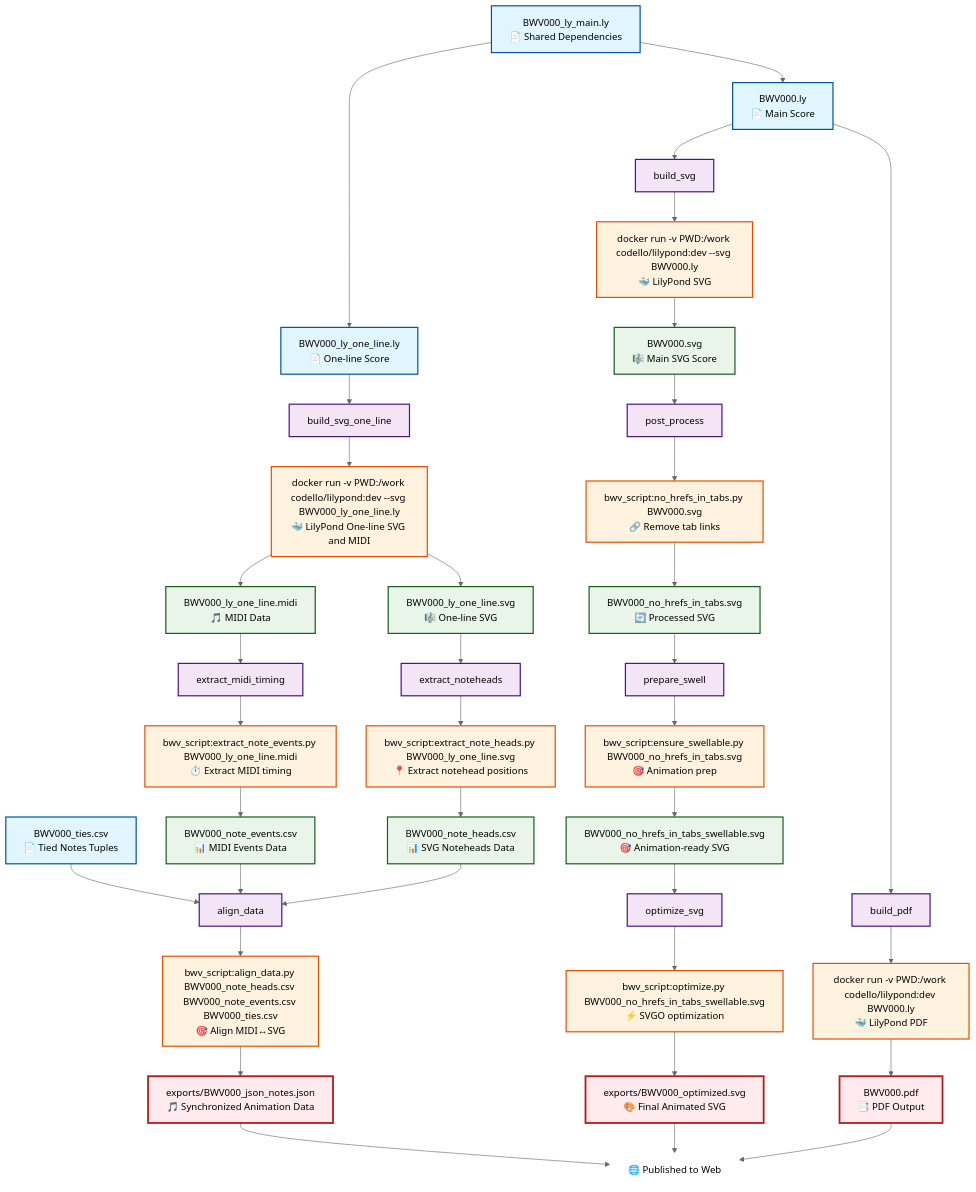
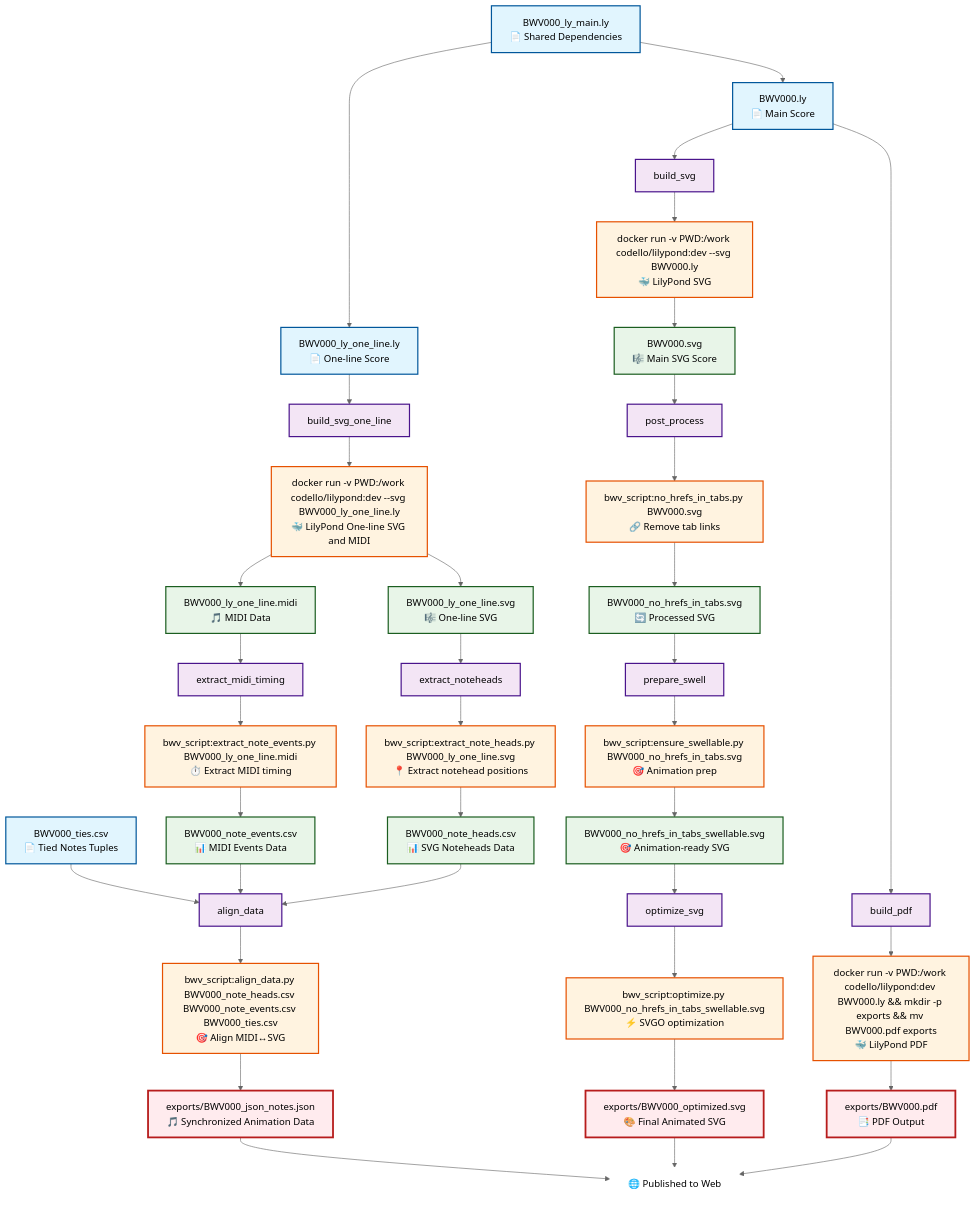
Before and after one commit to cthiebaud/bwv-zeug: the diagram in invoke/tasks.mmd, drawn with Mermaid. The commit also changed 6 other files, not shown here.

```diff
--- a/invoke/tasks.mmd
+++ b/invoke/tasks.mmd
@@ -1,130 +1,130 @@
 %%{init: {'theme':'neutral'}}%%
 graph TD
 
 %% ============================================================================
 %% INPUT NODES
 %% ============================================================================
 I1[BWV000.ly<br/>📄 Main Score]
 I2[BWV000_ly_one_line.ly<br/>📄 One-line Score]
 I3[BWV000_ly_main.ly<br/>📄 Shared Dependencies]
 I4[BWV000_ties.csv<br/>📄 Tied Notes Tuples]
 
 %% ============================================================================
 %% TASK NODES
 %% ============================================================================
 T1[build_pdf]
 T2[build_svg]
 T3[build_svg_one_line]
 T4[post_process]
 T5[prepare_swell]
 T6[optimize_svg]
 T7[extract_noteheads]
 T8[extract_midi_timing]
 T9[align_data]
 
 %% ============================================================================
 %% RUNNABLE NODES
 %% ============================================================================
-R1[docker run -v PWD:/work codello/lilypond:dev BWV000.ly<br/>🐳 LilyPond PDF]
+R1[docker run -v PWD:/work codello/lilypond:dev BWV000.ly && mkdir -p exports && mv BWV000.pdf exports<br/>🐳 LilyPond PDF]
 R2[docker run -v PWD:/work codello/lilypond:dev --svg BWV000.ly<br/>🐳 LilyPond SVG]
 R3[docker run -v PWD:/work codello/lilypond:dev --svg BWV000_ly_one_line.ly<br/>🐳 LilyPond One-line SVG and MIDI]
 R4[bwv_script:no_hrefs_in_tabs.py BWV000.svg<br/>🔗 Remove tab links]
 R5[bwv_script:ensure_swellable.py BWV000_no_hrefs_in_tabs.svg<br/>🎯 Animation prep]
 R6[bwv_script:optimize.py BWV000_no_hrefs_in_tabs_swellable.svg<br/>⚡ SVGO optimization]
 R7[bwv_script:extract_note_heads.py BWV000_ly_one_line.svg<br/>📍 Extract notehead positions]
 R8[bwv_script:extract_note_events.py BWV000_ly_one_line.midi<br/>⏱️ Extract MIDI timing]
 R9[bwv_script:align_data.py BWV000_note_heads.csv BWV000_note_events.csv BWV000_ties.csv<br/>🎯 Align MIDI↔SVG]
 
 %% ============================================================================
 %% OUTPUT NODES
 %% ============================================================================
 O2[BWV000.svg<br/>🎼 Main SVG Score]
 O3[BWV000_ly_one_line.svg<br/>🎼 One-line SVG]
 O4[BWV000_ly_one_line.midi<br/>🎵 MIDI Data]
 O5[BWV000_no_hrefs_in_tabs.svg<br/>🔄 Processed SVG]
 O6[BWV000_no_hrefs_in_tabs_swellable.svg<br/>🎯 Animation-ready SVG]
 O7[BWV000_note_heads.csv<br/>📊 SVG Noteheads Data]
 O8[BWV000_note_events.csv<br/>📊 MIDI Events Data]
 
 %% ============================================================================
 %% EXPORT NODES
 %% ============================================================================
-E3[BWV000.pdf<br/>📑 PDF Output]
+E3[exports/BWV000.pdf<br/>📑 PDF Output]
 E1[exports/BWV000_optimized.svg<br/>🎨 Final Animated SVG]
 E2[exports/BWV000_json_notes.json<br/>🎵 Synchronized Animation Data]
 
 %% ============================================================================
 %% DEPENDENCY RELATIONSHIPS
 %% ============================================================================
 %% Shared dependencies
 I3 --> I1
 I3 --> I2
 
 %% Input to task relationships
 I1 --> T1
 I1 --> T2
 I2 --> T3
 I4 --> T9
 
 %% Task to runnable relationships
 T1 --> R1
 T2 --> R2
 T3 --> R3
 T4 --> R4
 T5 --> R5
 T6 --> R6
 T7 --> R7
 T8 --> R8
 T9 --> R9
 
 %% Runnable to output relationships
-R1 --> E3
 R2 --> O2
 R3 --> O3
 R3 --> O4
 
 %% SVG processing chain
 O2 --> T4
 R4 --> O5
 O5 --> T5
 R5 --> O6
 O6 --> T6
-R6 --> E1
 
 %% Data extraction parallel branches
 O3 --> T7
 R7 --> O7
 O4 --> T8
 R8 --> O8
 
 %% Final data alignment
 O7 --> T9
 O8 --> T9
 
 %% Final export
+R1 --> E3
+R6 --> E1
 R9 --> E2
 
 %% ============================================================================
 %% STYLING
 %% ============================================================================
 classDef input fill:#e1f5fe,stroke:#01579b,stroke-width:2px
 classDef task fill:#f3e5f5,stroke:#4a148c,stroke-width:2px
 classDef output fill:#e8f5e8,stroke:#1b5e20,stroke-width:2px
 classDef runnable fill:#fff3e0,stroke:#e65100,stroke-width:2px
 classDef export fill:#ffebee,stroke:#b71c1c,stroke-width:3px
 
 class I1,I2,I3,I4 input
 class T1,T2,T3,T4,T5,T6,T7,T8,T9 task
 class O2,O3,O4,O5,O6,O7,O8 output
 class R1,R2,R3,R4,R5,R6,R7,R8,R9 runnable
 class E3,E1,E2 export
 
 %% ============================================================================
 %% BOTTOM ALIGNMENT HACK
 %% ============================================================================
 bottomAlign["🌐 Published to Web"]
 style bottomAlign fill:#ffffff,stroke:#ffffff
 
 E1 --> bottomAlign
 E2 --> bottomAlign
 E3 --> bottomAlign
```
